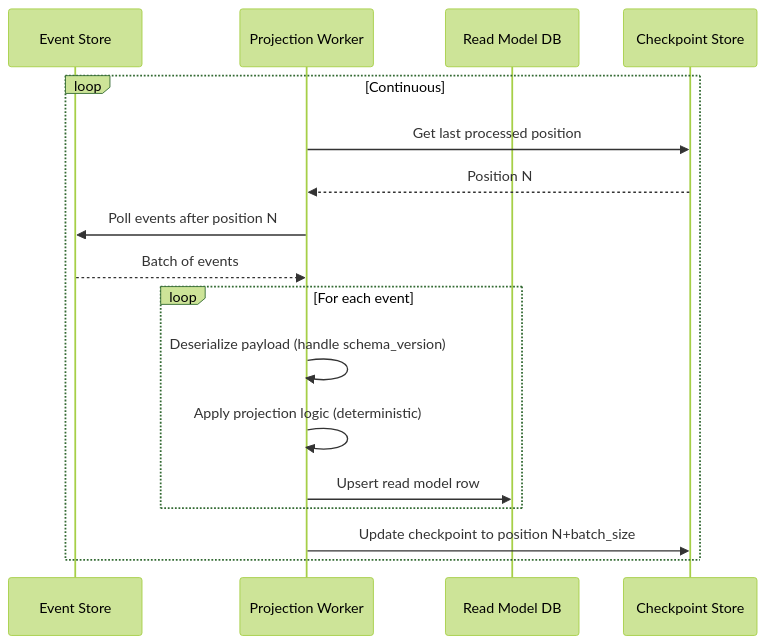
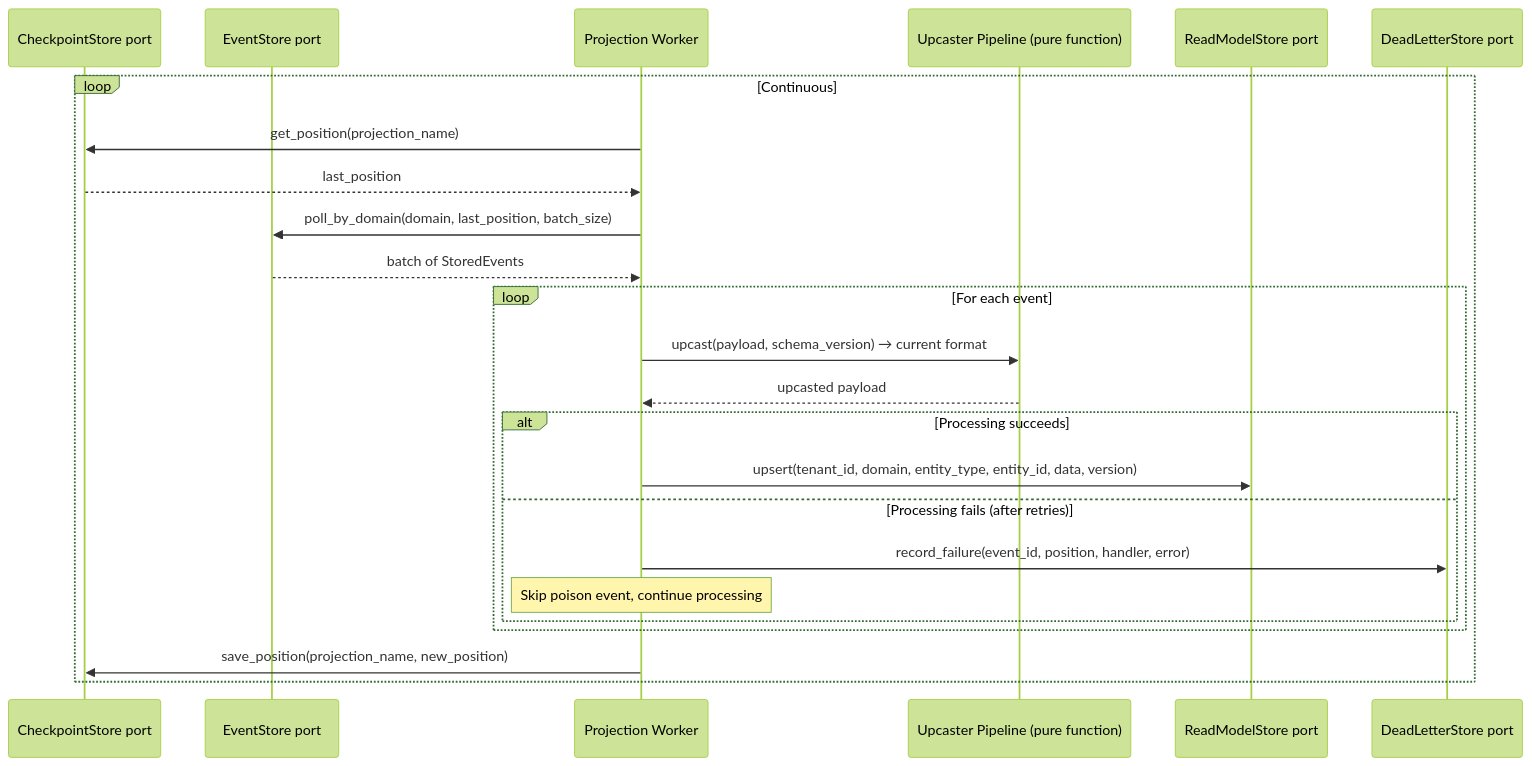
Before and after one commit to hlop3z/claude-ai-dangerous: the sixth of 17 diagrams in .claude/.notes/Event-Driven-System.md, drawn with Mermaid (forest theme). The commit also changed other lines of this file, not shown here.

````diff
--- a/.claude/.notes/Event-Driven-System.md
+++ b/.claude/.notes/Event-Driven-System.md
@@ -296,23 +983,31 @@
 ```mermaid
 sequenceDiagram
-    participant ES as Event Store
+    participant CP as CheckpointStore port
+    participant ES as EventStore port
     participant PW as Projection Worker
-    participant RM as Read Model DB
-    participant CP as Checkpoint Store
+    participant UP as Upcaster Pipeline (pure function)
+    participant RM as ReadModelStore port
+    participant DL as DeadLetterStore port
 
     loop Continuous
-        PW->>CP: Get last processed position
-        CP-->>PW: Position N
+        PW->>CP: get_position(projection_name)
+        CP-->>PW: last_position
 
-        PW->>ES: Poll events after position N
-        ES-->>PW: Batch of events
+        PW->>ES: poll_by_domain(domain, last_position, batch_size)
+        ES-->>PW: batch of StoredEvents
 
         loop For each event
-            PW->>PW: Deserialize payload (handle schema_version)
-            PW->>PW: Apply projection logic (deterministic)
-            PW->>RM: Upsert read model row
+            PW->>UP: upcast(payload, schema_version) → current format
+            UP-->>PW: upcasted payload
+
+            alt Processing succeeds
+                PW->>RM: upsert(tenant_id, domain, entity_type, entity_id, data, version)
+            else Processing fails (after retries)
+                PW->>DL: record_failure(event_id, position, handler, error)
+                Note over PW: Skip poison event, continue processing
+            end
         end
 
-        PW->>CP: Update checkpoint to position N+batch_size
+        PW->>CP: save_position(projection_name, new_position)
     end
 ```
````
